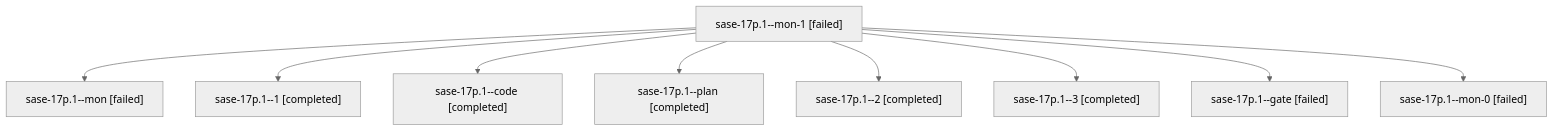
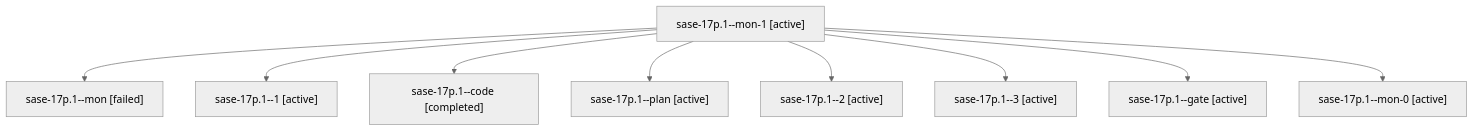
Before and after one commit to sase-org/sase--agents: the diagram in families/bbugyi200.athena.sase-17p.1.md, drawn with Mermaid (neutral theme). The commit also changed other lines of this file and 35830 other files, not shown here.

````diff
--- a/families/bbugyi200.athena.sase-17p.1.md
+++ b/families/bbugyi200.athena.sase-17p.1.md
@@ -9,20 +9,20 @@
 ```mermaid
 flowchart TD
-  n0["sase-17p.1--mon-1 [failed]"]
+  n0["sase-17p.1--mon-1 [active]"]
   n1["sase-17p.1--mon [failed]"]
   n0 --> n1
-  n2["sase-17p.1--1 [completed]"]
+  n2["sase-17p.1--1 [active]"]
   n0 --> n2
   n3["sase-17p.1--code [completed]"]
   n0 --> n3
-  n4["sase-17p.1--plan [completed]"]
+  n4["sase-17p.1--plan [active]"]
   n0 --> n4
-  n5["sase-17p.1--2 [completed]"]
+  n5["sase-17p.1--2 [active]"]
   n0 --> n5
-  n6["sase-17p.1--3 [completed]"]
+  n6["sase-17p.1--3 [active]"]
   n0 --> n6
-  n7["sase-17p.1--gate [failed]"]
+  n7["sase-17p.1--gate [active]"]
   n0 --> n7
-  n8["sase-17p.1--mon-0 [failed]"]
+  n8["sase-17p.1--mon-0 [active]"]
   n0 --> n8
 ```
````
